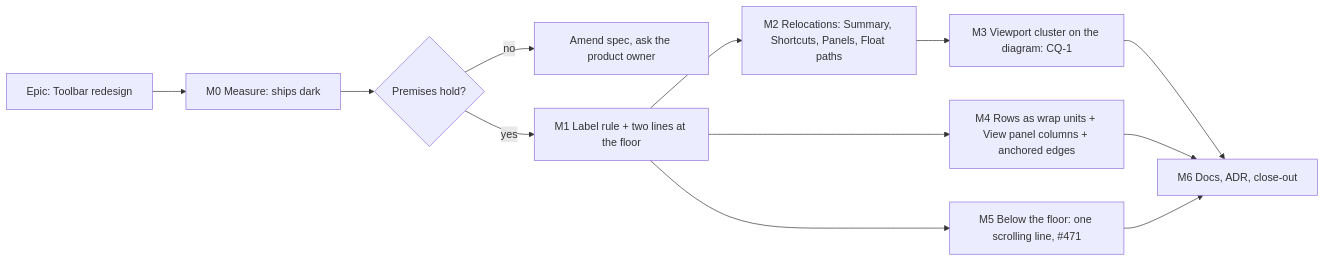
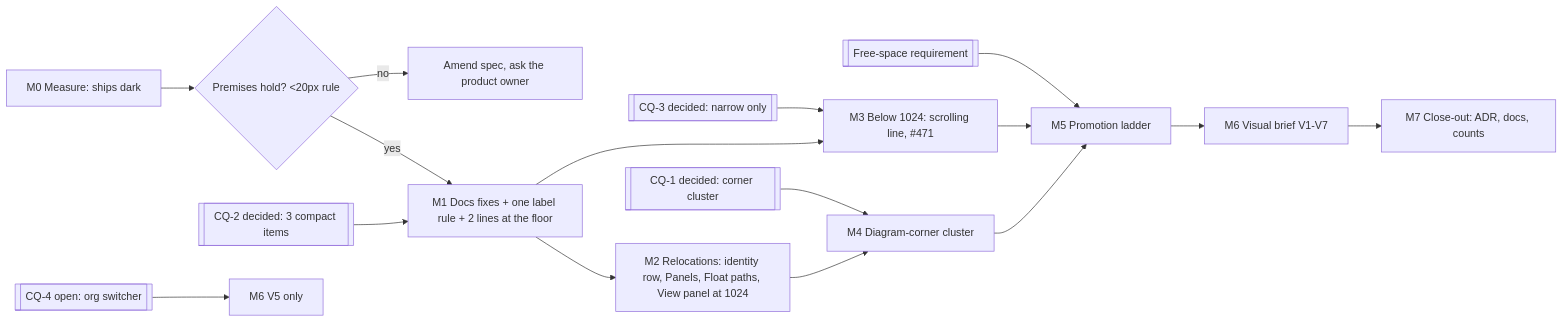
Before and after one commit to HuttonHomeHub/SchedulePoint_1: the diagram in docs/specs/toolbar-redesign/implementation-plan.md, drawn with Mermaid. The commit also changed other lines of this file and 1 other file, not shown here.

First line of the commit message:
docs(docs): finish the toolbar-redesign spec amendments (free-space promotion, review findings)

````diff
--- a/docs/specs/toolbar-redesign/implementation-plan.md
+++ b/docs/specs/toolbar-redesign/implementation-plan.md
@@ -9,14 +12,18 @@
 ```mermaid
 flowchart LR
-  E[Epic: Toolbar redesign] --> M0[M0 Measure: ships dark]
-  M0 --> G{Premises hold?}
-  G -- no --> A[Amend spec, ask the product owner]
-  G -- yes --> M1[M1 Label rule + two lines at the floor]
-  M1 --> M2[M2 Relocations: Summary, Shortcuts, Panels, Float paths]
-  M2 --> M3[M3 Viewport cluster on the diagram: CQ-1]
-  M1 --> M4[M4 Rows as wrap units + View panel columns + anchored edges]
-  M1 --> M5[M5 Below the floor: one scrolling line, #471]
-  M3 --> M6[M6 Docs, ADR, close-out]
-  M4 --> M6
-  M5 --> M6
+  M0[M0 Measure: ships dark] --> G0{Premises hold? <20px rule}
+  G0 -- no --> STOP[Amend spec, ask the product owner]
+  G0 -- yes --> M1
+  Q2[[CQ-2 decided: 3 compact items]] --> M1[M1 Docs fixes + one label rule + 2 lines at the floor]
+  M1 --> M2[M2 Relocations: identity row, Panels, Float paths, View panel at 1024]
+  Q3[[CQ-3 decided: narrow only]] --> M3[M3 Below 1024: scrolling line, #471]
+  M1 --> M3
+  Q1[[CQ-1 decided: corner cluster]] --> M4[M4 Diagram-corner cluster]
+  M2 --> M4
+  QF[[Free-space requirement]] --> M5[M5 Promotion ladder]
+  M3 --> M5
+  M4 --> M5
+  Q4[[CQ-4 open: org switcher]] --> M6V5[M6 V5 only]
+  M5 --> M6[M6 Visual brief V1-V7]
+  M6 --> M7[M7 Close-out: ADR, docs, counts]
 ```
````
